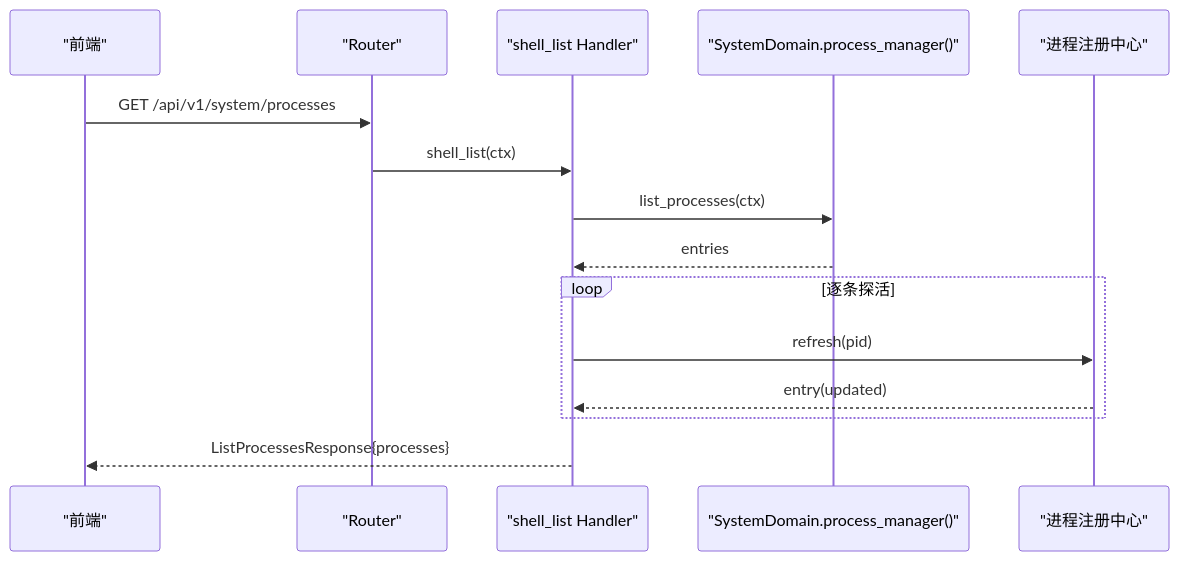
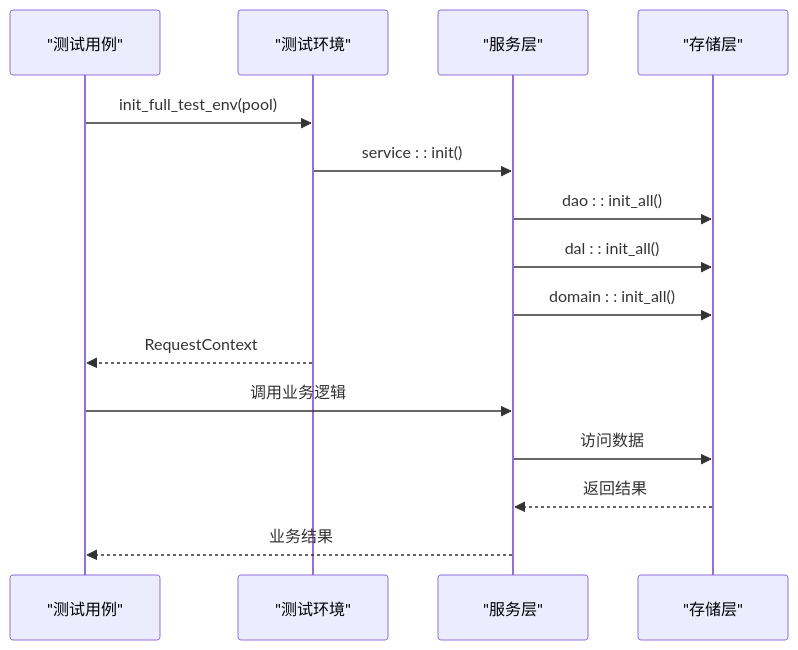
The second of 5 diagrams in .qoder/repowiki/zh/content/测试指南/端到端测试基础设施.md (runningcoders/ai_orz), drawn with Mermaid before and after one commit. The commit also changed other lines of this file and 5 other files, not shown here.

````diff
--- a/.qoder/repowiki/zh/content/测试指南/端到端测试基础设施.md
+++ b/.qoder/repowiki/zh/content/测试指南/端到端测试基础设施.md
@@ -104,17 +100,17 @@
 ```mermaid
 sequenceDiagram
-participant FE as "前端"
-participant RT as "Router"
-participant HD as "shell_list Handler"
-participant DM as "SystemDomain.process_manager()"
-participant REG as "进程注册中心"
-FE->>RT : GET /api/v1/system/processes
-RT->>HD : shell_list(ctx)
-HD->>DM : list_processes(ctx)
-DM-->>HD : entries
-loop 逐条探活
-HD->>REG : refresh(pid)
-REG-->>HD : entry(updated)
-end
-HD-->>FE : ListProcessesResponse{processes}
+participant Test as "测试用例"
+participant Env as "测试环境"
+participant Service as "服务层"
+participant Storage as "存储层"
+Test->>Env : init_full_test_env(pool)
+Env->>Service : service : : init()
+Service->>Storage : dao : : init_all()
+Service->>Storage : dal : : init_all()
+Service->>Storage : domain : : init_all()
+Env-->>Test : RequestContext
+Test->>Service : 调用业务逻辑
+Service->>Storage : 访问数据
+Storage-->>Service : 返回结果
+Service-->>Test : 业务结果
 ```
````
